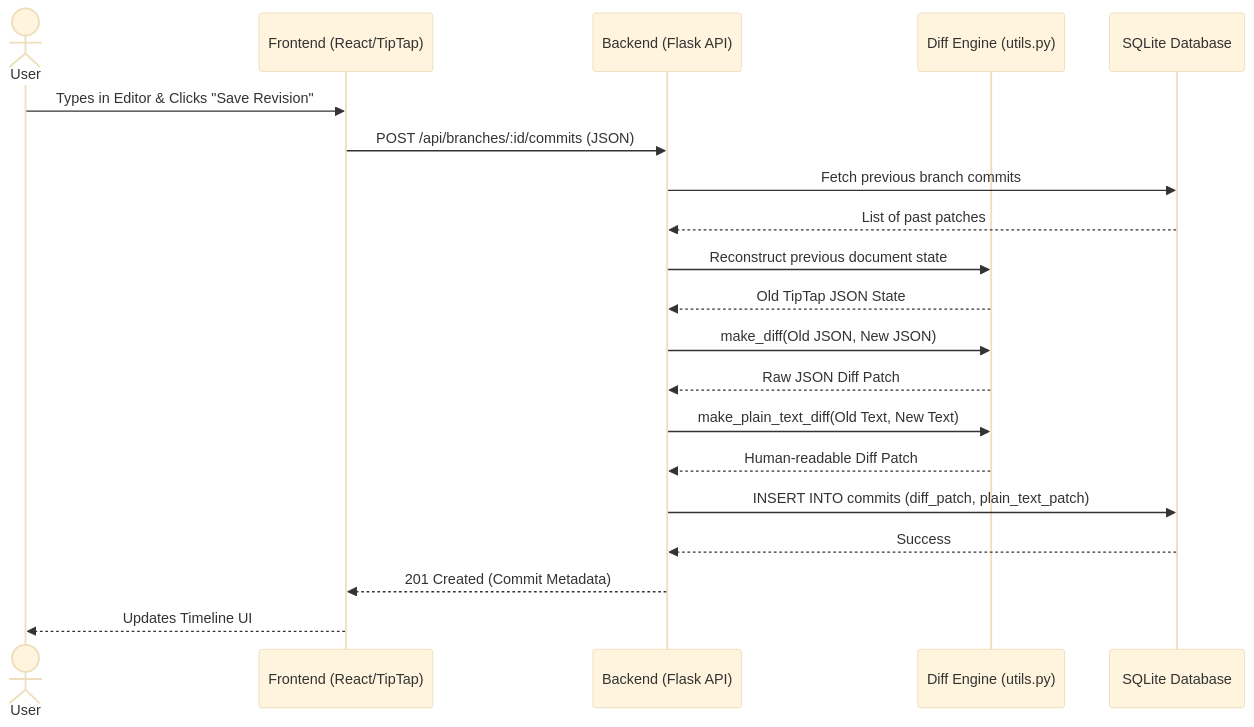
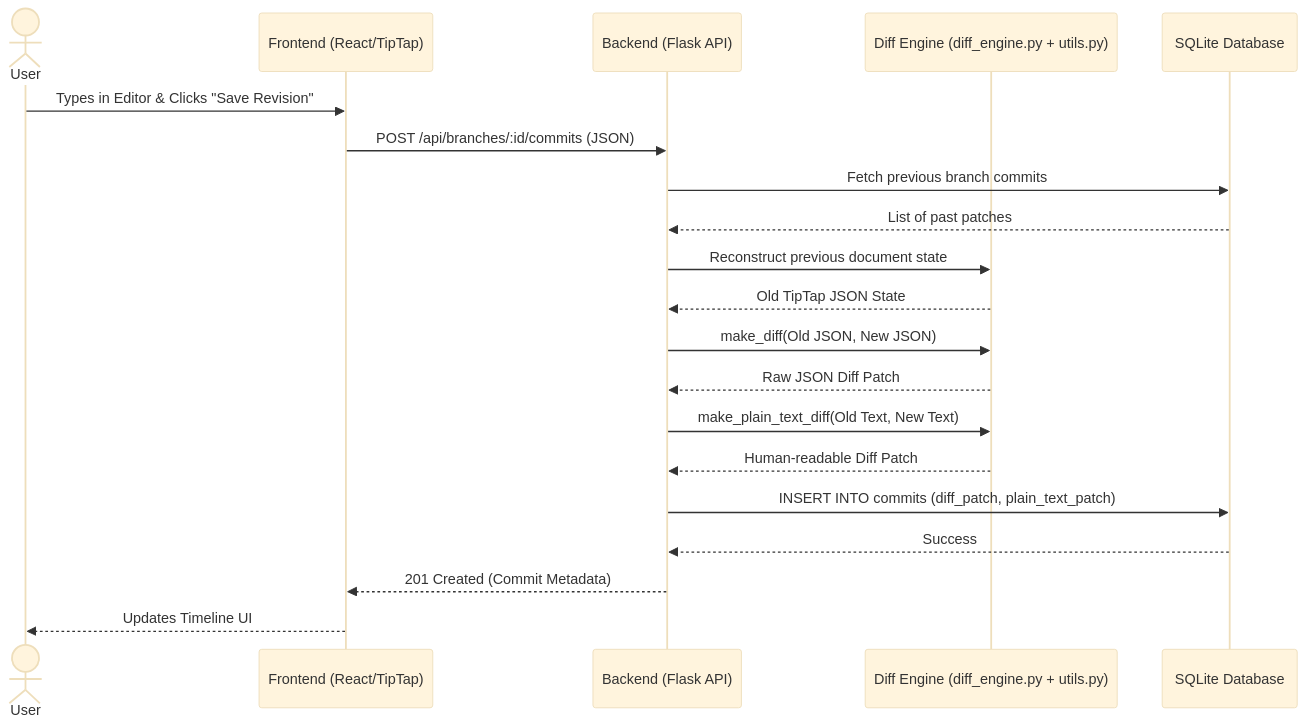
Before and after one commit to dangjacob101/DocuCommit: the second of 2 diagrams in README.md, drawn with Mermaid (base theme). The commit also changed other lines of this file, not shown here.

Commit message:
make architecture diagrams match the code naming

````diff
--- a/README.md
+++ b/README.md
@@ -142,29 +142,29 @@
 ```mermaid
 sequenceDiagram
     actor User
     participant React as Frontend (React/TipTap)
     participant Flask as Backend (Flask API)
-    participant Engine as Diff Engine (utils.py)
+    participant Engine as Diff Engine (diff_engine.py + utils.py)
     participant DB as SQLite Database
 
     User->>React: Types in Editor & Clicks "Save Revision"
     React->>Flask: POST /api/branches/:id/commits (JSON)
     
     Flask->>DB: Fetch previous branch commits
     DB-->>Flask: List of past patches
     
     Flask->>Engine: Reconstruct previous document state
     Engine-->>Flask: Old TipTap JSON State
     
     Flask->>Engine: make_diff(Old JSON, New JSON)
     Engine-->>Flask: Raw JSON Diff Patch
     
     Flask->>Engine: make_plain_text_diff(Old Text, New Text)
     Engine-->>Flask: Human-readable Diff Patch
     
     Flask->>DB: INSERT INTO commits (diff_patch, plain_text_patch)
     DB-->>Flask: Success
     
     Flask-->>React: 201 Created (Commit Metadata)
     React-->>User: Updates Timeline UI
 ```
````
